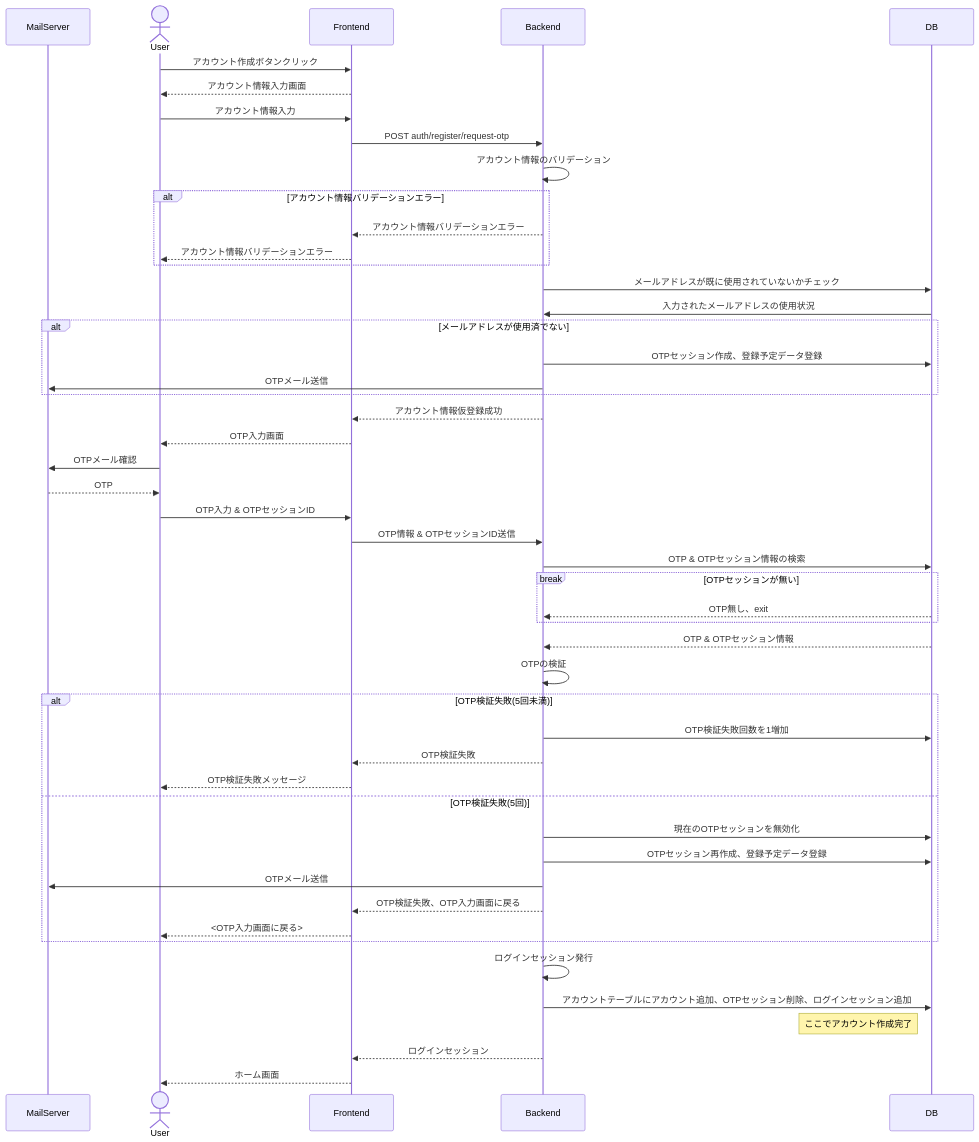
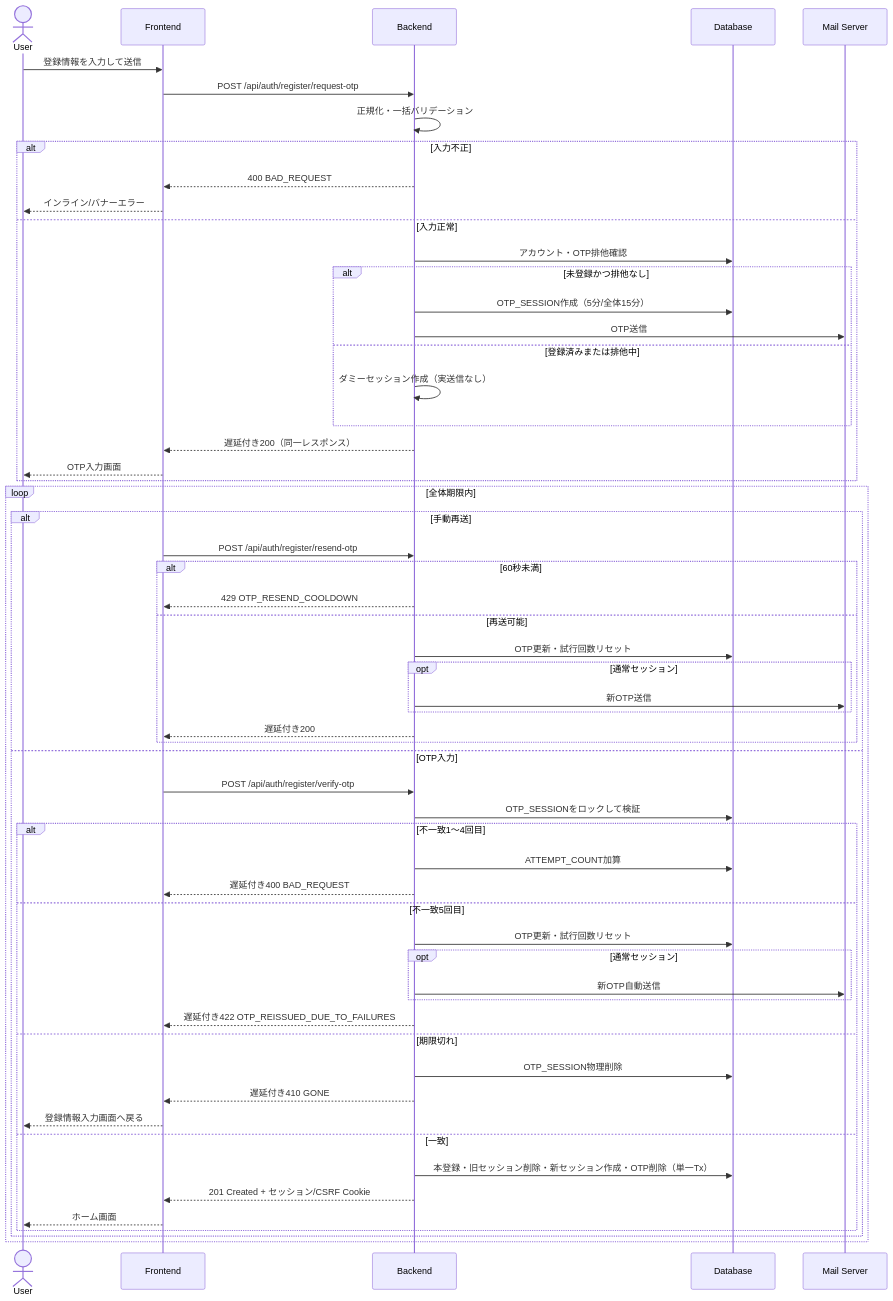
The diagram in docs/design/process_design/01_account_creation.md (TUS-TI-dev-team/SyncTask), drawn with Mermaid before and after one commit. The commit also changed other lines of this file and 7 other files, not shown here.

````diff
--- a/docs/design/process_design/01_account_creation.md
+++ b/docs/design/process_design/01_account_creation.md
@@ -3,54 +91,62 @@
 ```mermaid
 sequenceDiagram
-	participant MailServer
-	actor User
-	participant Frontend
-	participant Backend
-	participant DB
-	
-	User->>Frontend: アカウント作成ボタンクリック
-	Frontend-->>User: アカウント情報入力画面
-	User->>Frontend: アカウント情報入力
-	Frontend->>Backend: POST auth/register/request-otp
-	Backend->>Backend: アカウント情報のバリデーション
-	alt アカウント情報バリデーションエラー
-		Backend-->>Frontend: アカウント情報バリデーションエラー
-		Frontend-->>User: アカウント情報バリデーションエラー
-	end
-	Backend->>DB: メールアドレスが既に使用されていないかチェック
-	DB->>Backend: 入力されたメールアドレスの使用状況
+    actor User
+    participant FE as Frontend
+    participant BE as Backend
+    participant DB as Database
+    participant Mail as Mail Server
 
-	alt メールアドレスが使用済でない
-		Backend->>DB: OTPセッション作成、登録予定データ登録
-		Backend->>MailServer: OTPメール送信
-	end
-	%% もしメールアドレスが使用済なら、成功したように見せつつメールは送らない
-	Backend-->>Frontend: アカウント情報仮登録成功
-	Frontend-->>User: OTP入力画面
-	User->>MailServer: OTPメール確認
-	MailServer-->>User: OTP
-	User->>Frontend: OTP入力 & OTPセッションID
-	Frontend->>Backend: OTP情報 & OTPセッションID送信
-	Backend->>DB: OTP & OTPセッション情報の検索
-	break OTPセッションが無い
-		DB-->>Backend: OTP無し、exit
-	end
-	DB-->>Backend: OTP & OTPセッション情報
-	Backend->>Backend: OTPの検証
-	alt OTP検証失敗(5回未満)
-		Backend->>DB: OTP検証失敗回数を1増加
-		Backend-->>Frontend: OTP検証失敗
-		Frontend-->>User: OTP検証失敗メッセージ
-	else OTP検証失敗(5回)
-		Backend->>DB: 現在のOTPセッションを無効化
-		Backend->>DB: OTPセッション再作成、登録予定データ登録
-		Backend->>MailServer: OTPメール送信
-		Backend-->>Frontend: OTP検証失敗、OTP入力画面に戻る
-		Frontend-->>User: <OTP入力画面に戻る>
-	end
-	Backend->>Backend: ログインセッション発行
-	Backend->>DB: アカウントテーブルにアカウント追加、OTPセッション削除、ログインセッション追加
-	note left of DB: ここでアカウント作成完了
-	Backend-->>Frontend: ログインセッション
-	Frontend-->>User: ホーム画面
+    User->>FE: 登録情報を入力して送信
+    FE->>BE: POST /api/auth/register/request-otp
+    BE->>BE: 正規化・一括バリデーション
+    alt 入力不正
+        BE-->>FE: 400 BAD_REQUEST
+        FE-->>User: インライン/バナーエラー
+    else 入力正常
+        BE->>DB: アカウント・OTP排他確認
+        alt 未登録かつ排他なし
+            BE->>DB: OTP_SESSION作成（5分/全体15分）
+            BE->>Mail: OTP送信
+        else 登録済みまたは排他中
+            BE->>BE: ダミーセッション作成（実送信なし）
+        end
+        BE-->>FE: 遅延付き200（同一レスポンス）
+        FE-->>User: OTP入力画面
+    end
+
+    loop 全体期限内
+        alt 手動再送
+            FE->>BE: POST /api/auth/register/resend-otp
+            alt 60秒未満
+                BE-->>FE: 429 OTP_RESEND_COOLDOWN
+            else 再送可能
+                BE->>DB: OTP更新・試行回数リセット
+                opt 通常セッション
+                    BE->>Mail: 新OTP送信
+                end
+                BE-->>FE: 遅延付き200
+            end
+        else OTP入力
+            FE->>BE: POST /api/auth/register/verify-otp
+            BE->>DB: OTP_SESSIONをロックして検証
+            alt 不一致1〜4回目
+                BE->>DB: ATTEMPT_COUNT加算
+                BE-->>FE: 遅延付き400 BAD_REQUEST
+            else 不一致5回目
+                BE->>DB: OTP更新・試行回数リセット
+                opt 通常セッション
+                    BE->>Mail: 新OTP自動送信
+                end
+                BE-->>FE: 遅延付き422 OTP_REISSUED_DUE_TO_FAILURES
+            else 期限切れ
+                BE->>DB: OTP_SESSION物理削除
+                BE-->>FE: 遅延付き410 GONE
+                FE-->>User: 登録情報入力画面へ戻る
+            else 一致
+                BE->>DB: 本登録・旧セッション削除・新セッション作成・OTP削除（単一Tx）
+                BE-->>FE: 201 Created + セッション/CSRF Cookie
+                FE-->>User: ホーム画面
+            end
+        end
+    end
 ```
````
